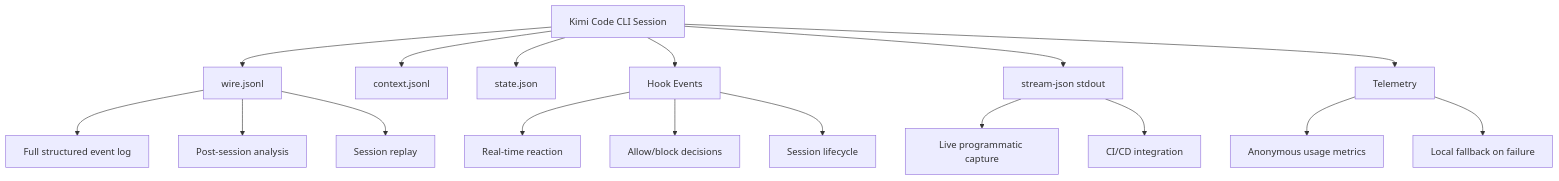
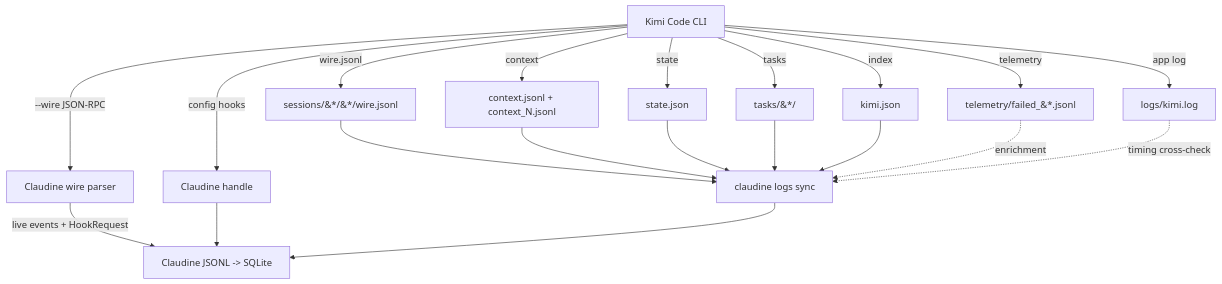
The diagram in claudine/docs/research/agent-logging/kimi.md (yankeeinlondon/rusty-biscuit), drawn with Mermaid before and after one commit. The commit also changed other lines of this file and 11 other files, not shown here.

First line of the commit message:
docs(claudine): restructure agent-logging research with sidecar schema

````diff
--- a/claudine/docs/research/agent-logging/kimi.md
+++ b/claudine/docs/research/agent-logging/kimi.md
@@ -552,23 +757,23 @@
 ```mermaid
 flowchart TD
-    A[Kimi Code CLI Session] --> B[wire.jsonl]
-    A --> C[context.jsonl]
-    A --> D[state.json]
-    A --> E[Hook Events]
-    A --> F[stream-json stdout]
-    A --> G[Telemetry]
+    A[Kimi Code CLI] -->|wire.jsonl| B[sessions/&#42;/&#42;/wire.jsonl]
+    A -->|context| C[context.jsonl + context_N.jsonl]
+    A -->|state| D[state.json]
+    A -->|tasks| E[tasks/&#42;/]
+    A -->|--wire JSON-RPC| F[Claudine wire parser]
+    A -->|config hooks| G[Claudine handle]
+    A -->|telemetry| H[telemetry/failed_&#42;.jsonl]
+    A -->|app log| I[logs/kimi.log]
+    A -->|index| J[kimi.json]
 
-    B --> B1[Full structured event log]
-    B --> B2[Post-session analysis]
-    B --> B3[Session replay]
-
-    E --> E1[Real-time reaction]
-    E --> E2[Allow/block decisions]
-    E --> E3[Session lifecycle]
-
-    F --> F1[Live programmatic capture]
-    F --> F2[CI/CD integration]
-
-    G --> G1[Anonymous usage metrics]
-    G --> G2[Local fallback on failure]
+    F -->|live events + HookRequest| K[Claudine JSONL -> SQLite]
+    G --> K
+    B --> L[claudine logs sync]
+    C --> L
+    D --> L
+    E --> L
+    J --> L
+    L --> K
+    H -.enrichment.-> L
+    I -.timing cross-check.-> L
 ```
````
